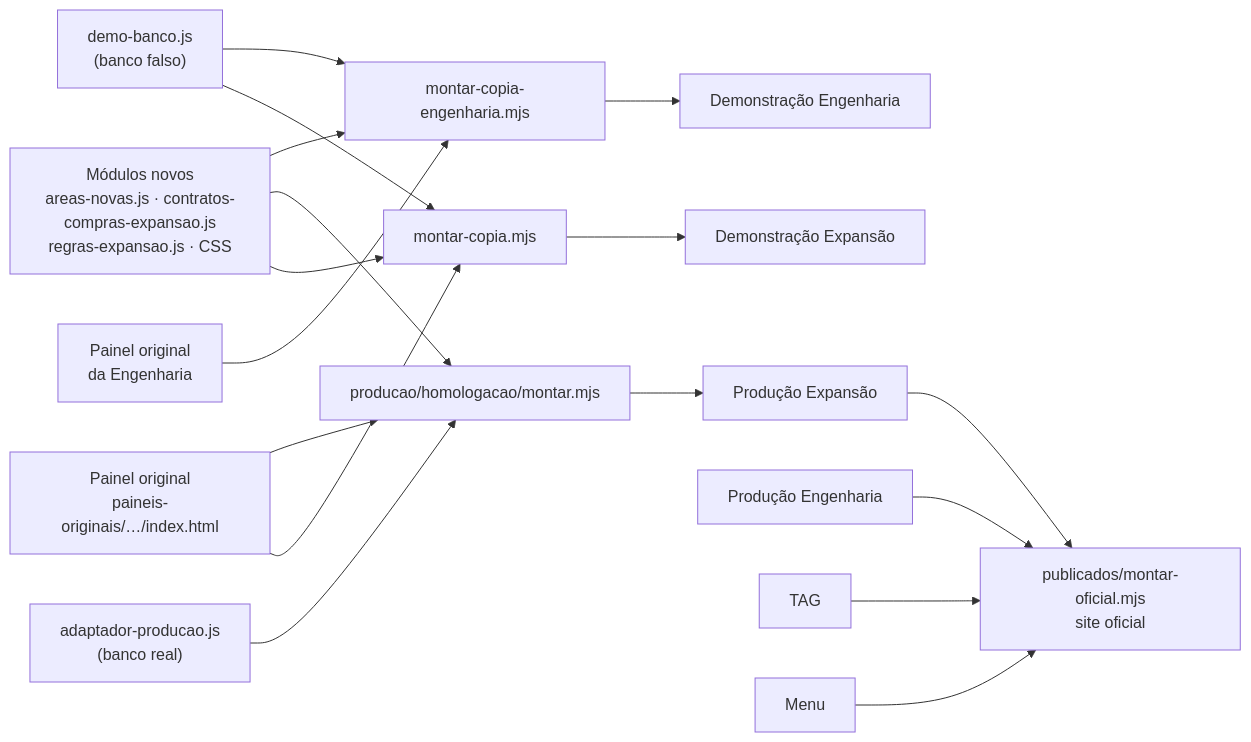
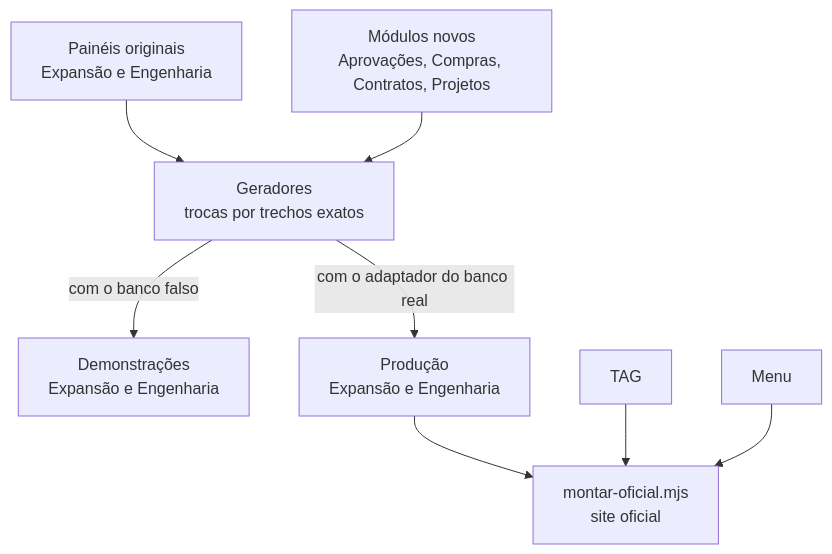
One commit to Taveshu19/plataforma-notas-fiscais changed the diagram in docs/11-build-testes-e-deploy.md. Above: the diagram before and after it, drawn with Mermaid. The commit also changed other lines of this file and 9 other files, not shown here.

First line of the commit message:
Diagramas legíveis no GitHub e sem erro de sintaxe

````diff
--- a/docs/11-build-testes-e-deploy.md
+++ b/docs/11-build-testes-e-deploy.md
@@ -13,13 +13,10 @@
 ```mermaid
-flowchart LR
-  O["Painel original<br/>paineis-originais/…/index.html"] --> G1["montar-copia.mjs"]
-  O --> G2["producao/homologacao/montar.mjs"]
-  O2["Painel original<br/>da Engenharia"] --> G3["montar-copia-engenharia.mjs"]
-  M["Módulos novos<br/>areas-novas.js · contratos-compras-expansao.js<br/>regras-expansao.js · CSS"] --> G1 & G2 & G3
-  DB1["demo-banco.js<br/>(banco falso)"] --> G1 & G3
-  DB2["adaptador-producao.js<br/>(banco real)"] --> G2
-  G1 --> D1["Demonstração Expansão"]
-  G3 --> D2["Demonstração Engenharia"]
-  G2 --> P1["Produção Expansão"]
-  P1 & P2["Produção Engenharia"] & TAG["TAG"] & MENU["Menu"] --> OF["publicados/montar-oficial.mjs<br/>site oficial"]
+flowchart TD
+  O["Painéis originais<br/>Expansão e Engenharia"] --> G["Geradores<br/>trocas por trechos exatos"]
+  M["Módulos novos<br/>Aprovações, Compras, Contratos, Projetos"] --> G
+  G -->|"com o banco falso"| D["Demonstrações<br/>Expansão e Engenharia"]
+  G -->|"com o adaptador do banco real"| P["Produção<br/>Expansão e Engenharia"]
+  P --> OF["montar-oficial.mjs<br/>site oficial"]
+  T["TAG"] --> OF
+  MN["Menu"] --> OF
 ```
````
